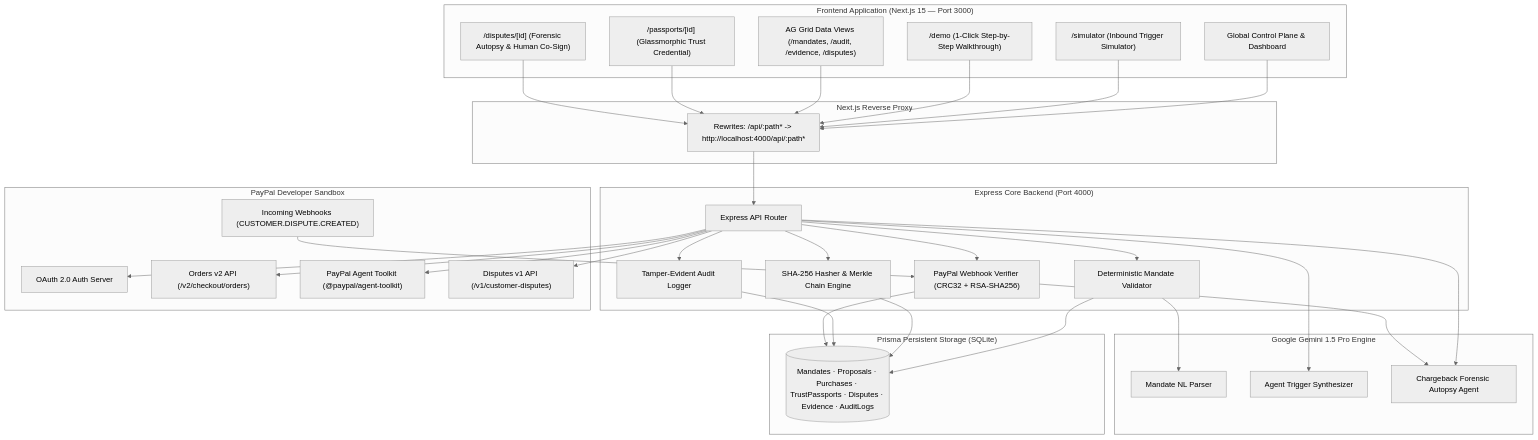
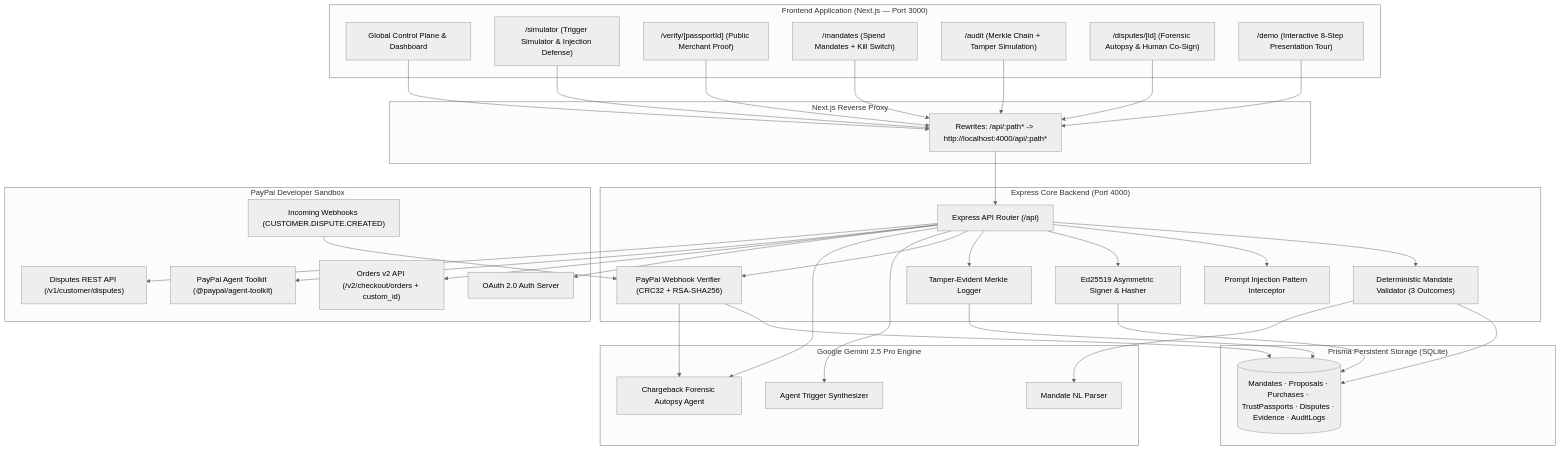
Before and after one commit to jacobjerryarackal/passport: the diagram in README.md, drawn with Mermaid (neutral theme). The commit also changed other lines of this file and 26 other files, not shown here.

Commit message:
feat: add AI agent spend governance, cryptographic passports, and automated dispute defense backend and frontend

````diff
--- a/README.md
+++ b/README.md
@@ -50,72 +58,76 @@
 ```mermaid
 flowchart TD
-    subgraph Client["Frontend Application (Next.js 15 — Port 3000)"]
+    subgraph Client["Frontend Application (Next.js — Port 3000)"]
         UI["Global Control Plane & Dashboard"]
-        SIM["/simulator (Inbound Trigger Simulator)"]
-        DEMO["/demo (1-Click Step-by-Step Walkthrough)"]
-        GRIDS["AG Grid Data Views (/mandates, /audit, /evidence, /disputes)"]
-        PASS["/passports/[id] (Glassmorphic Trust Credential)"]
+        SIM["/simulator (Trigger Simulator & Injection Defense)"]
+        VERIFY_PAGE["/verify/[passportId] (Public Merchant Proof)"]
+        MANDATES["/mandates (Spend Mandates + Kill Switch)"]
+        AUDIT_UI["/audit (Merkle Chain + Tamper Simulation)"]
         AUTOPSY["/disputes/[id] (Forensic Autopsy & Human Co-Sign)"]
+        DEMO["/demo (Interactive 8-Step Presentation Tour)"]
     end
 
     subgraph Gateway["Next.js Reverse Proxy"]
         PROXY["Rewrites: /api/:path* -> http://localhost:4000/api/:path*"]
     end
 
     subgraph Backend["Express Core Backend (Port 4000)"]
-        ROUTER["Express API Router"]
-        GATE["Deterministic Mandate Validator"]
-        HASHER["SHA-256 Hasher & Merkle Chain Engine"]
-        VERIFY["PayPal Webhook Verifier (CRC32 + RSA-SHA256)"]
-        AUDIT["Tamper-Evident Audit Logger"]
+        ROUTER["Express API Router (/api)"]
+        GATE["Deterministic Mandate Validator (3 Outcomes)"]
+        SEC_DEF["Prompt Injection Pattern Interceptor"]
+        ED_SIGN["Ed25519 Asymmetric Signer & Hasher"]
+        AUDIT_LOG["Tamper-Evident Merkle Logger"]
+        WH_VERIFY["PayPal Webhook Verifier (CRC32 + RSA-SHA256)"]
     end
 
-    subgraph AI["Google Gemini 1.5 Pro Engine"]
+    subgraph AI["Google Gemini 2.5 Pro Engine"]
         GEM_PARSE["Mandate NL Parser"]
         GEM_AGENT["Agent Trigger Synthesizer"]
         GEM_AUTOPSY["Chargeback Forensic Autopsy Agent"]
     end
 
     subgraph PayPal["PayPal Developer Sandbox"]
         PP_AUTH["OAuth 2.0 Auth Server"]
-        PP_ORDERS["Orders v2 API (/v2/checkout/orders)"]
+        PP_ORDERS["Orders v2 API (/v2/checkout/orders + custom_id)"]
         PP_TOOLKIT["PayPal Agent Toolkit (@paypal/agent-toolkit)"]
-        PP_DISPUTES["Disputes v1 API (/v1/customer-disputes)"]
+        PP_DISPUTES["Disputes REST API (/v1/customer/disputes)"]
         PP_WEBHOOK["Incoming Webhooks (CUSTOMER.DISPUTE.CREATED)"]
     end
 
     subgraph Database["Prisma Persistent Storage (SQLite)"]
         DB[("Mandates · Proposals · Purchases · TrustPassports · Disputes · Evidence · AuditLogs")]
     end
 
     UI --> PROXY
     SIM --> PROXY
+    VERIFY_PAGE --> PROXY
+    MANDATES --> PROXY
+    AUDIT_UI --> PROXY
+    AUTOPSY --> PROXY
     DEMO --> PROXY
-    GRIDS --> PROXY
-    PASS --> PROXY
-    AUTOPSY --> PROXY
 
     PROXY --> ROUTER
 
     ROUTER --> GATE
-    ROUTER --> HASHER
-    ROUTER --> AUDIT
-    ROUTER --> VERIFY
+    ROUTER --> SEC_DEF
+    ROUTER --> ED_SIGN
+    ROUTER --> AUDIT_LOG
+    ROUTER --> WH_VERIFY
 
     GATE --> DB
-    HASHER --> DB
-    AUDIT --> DB
+    ED_SIGN --> DB
+    AUDIT_LOG --> DB
 
     GATE --> GEM_PARSE
     ROUTER --> GEM_AGENT
     ROUTER --> GEM_AUTOPSY
 
     ROUTER --> PP_AUTH
     ROUTER --> PP_ORDERS
     ROUTER --> PP_TOOLKIT
     ROUTER --> PP_DISPUTES
 
-    PP_WEBHOOK --> VERIFY
-    VERIFY --> DB
-    VERIFY --> GEM_AUTOPSY
+    PP_WEBHOOK --> WH_VERIFY
+    WH_VERIFY --> DB
+    WH_VERIFY --> GEM_AUTOPSY
 ```
````
